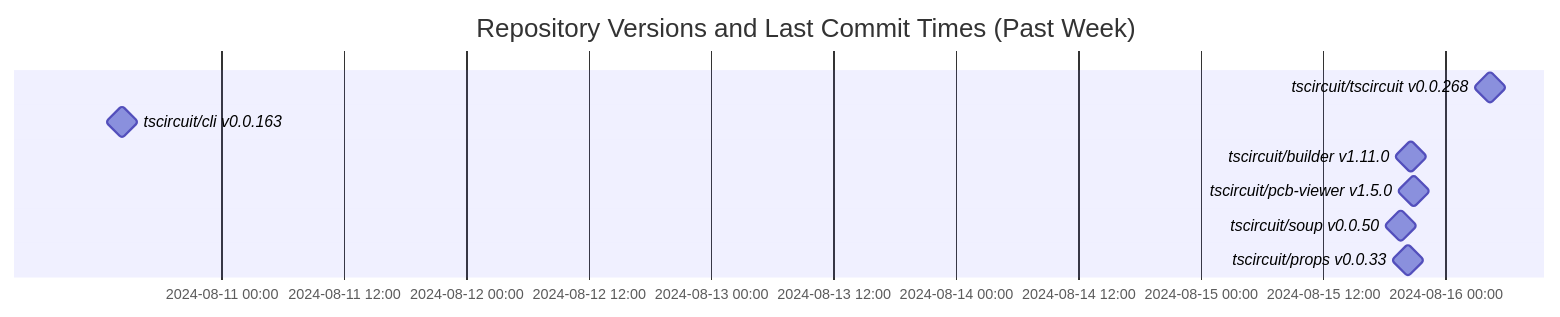
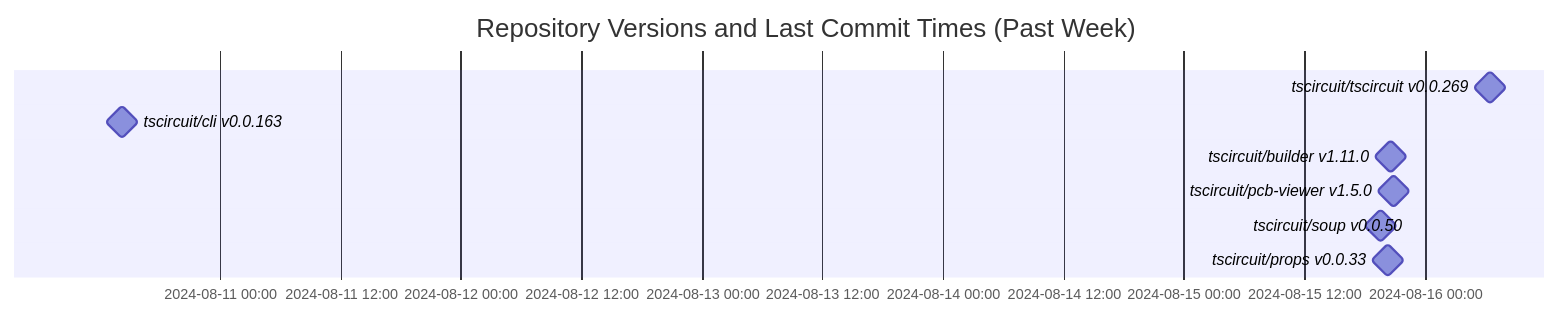
One commit to tscircuit/version-tracker changed the diagram in README.md. Above: the diagram before and after it, drawn with Mermaid.

Commit message:
Update chart

````diff
--- a/README.md
+++ b/README.md
@@ -1,13 +1,13 @@
 ```mermaid
 gantt
   dateFormat  YYYY-MM-DD HH:mm:ss
   title Repository Versions and Last Commit Times (Past Week)
   axisFormat %Y-%m-%d %H:%M
 
-  tscircuit/tscircuit v0.0.268 : milestone, 2024-08-16 04:24:22, 1s
+  tscircuit/tscircuit v0.0.269 : milestone, 2024-08-16 06:30:15, 1s
   tscircuit/cli v0.0.163 : milestone, 2024-08-10 14:15:28, 1s
   tscircuit/builder v1.11.0 : milestone, 2024-08-15 20:38:45, 1s
   tscircuit/pcb-viewer v1.5.0 : milestone, 2024-08-15 20:55:08, 1s
   tscircuit/soup v0.0.50 : milestone, 2024-08-15 19:36:27, 1s
   tscircuit/props v0.0.33 : milestone, 2024-08-15 20:18:33, 1s
 ```
````
